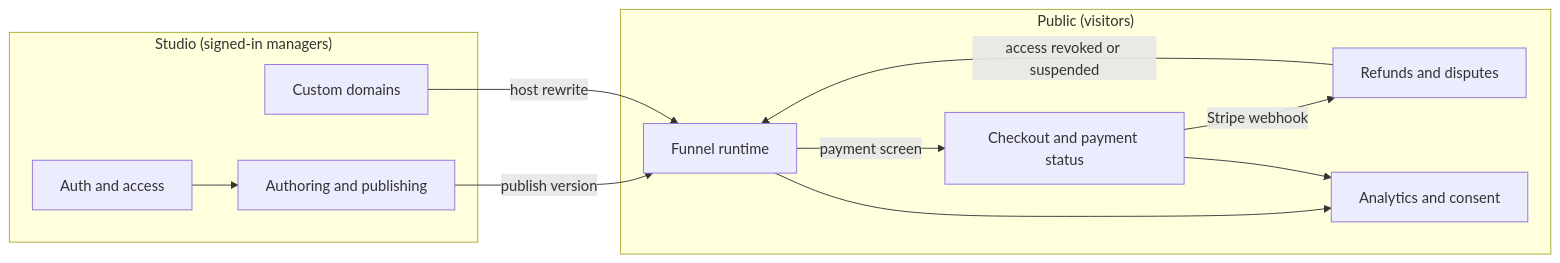
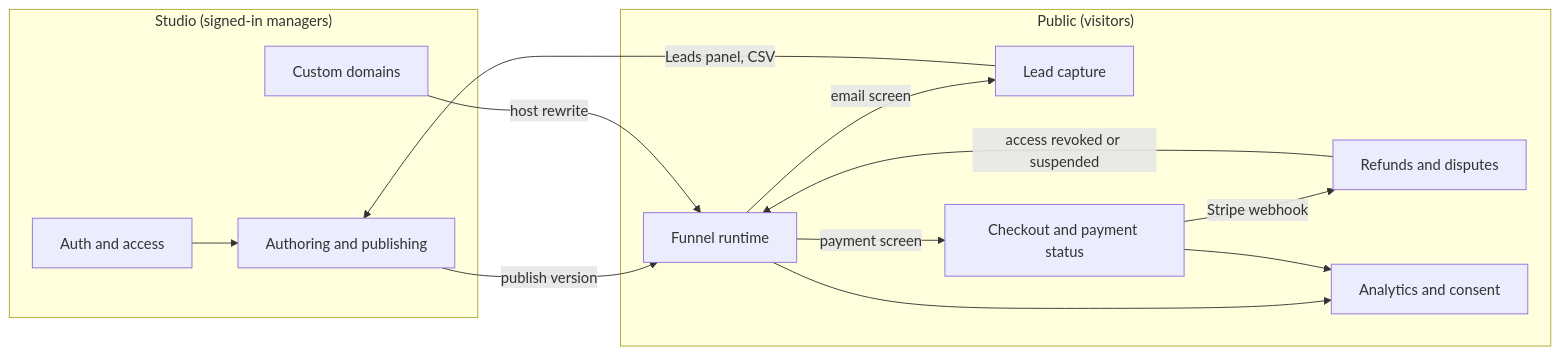
Before and after one commit to arturklimovich-eng/vibefunel: the diagram in docs/features/00-map.md, drawn with Mermaid. The commit also changed other lines of this file and 38 other files, not shown here.

````diff
--- a/docs/features/00-map.md
+++ b/docs/features/00-map.md
@@ -11,29 +11,33 @@
 ```mermaid
 flowchart LR
   subgraph Studio["Studio (signed-in managers)"]
     AUTH["Auth and access"]
     AUTHOR["Authoring and publishing"]
     DOM["Custom domains"]
   end
   subgraph Public["Public (visitors)"]
     RUN["Funnel runtime"]
+    LEAD["Lead capture"]
     PAY["Checkout and payment status"]
     REF["Refunds and disputes"]
     AN["Analytics and consent"]
   end
   AUTH --> AUTHOR
   AUTHOR -->|"publish version"| RUN
   DOM -->|"host rewrite"| RUN
+  RUN -->|"email screen"| LEAD
+  LEAD -->|"Leads panel, CSV"| AUTHOR
   RUN -->|"payment screen"| PAY
   PAY -->|"Stripe webhook"| REF
   REF -->|"access revoked or suspended"| RUN
   RUN --> AN
   PAY --> AN
   click AUTH "./70-auth-access.md"
   click AUTHOR "./10-authoring.md"
   click DOM "./50-custom-domains.md"
   click RUN "./20-runtime.md"
+  click LEAD "./25-lead-capture.md"
   click PAY "./30-checkout.md"
   click REF "./40-refunds-disputes.md"
   click AN "./60-analytics-consent.md"
 ```
````
